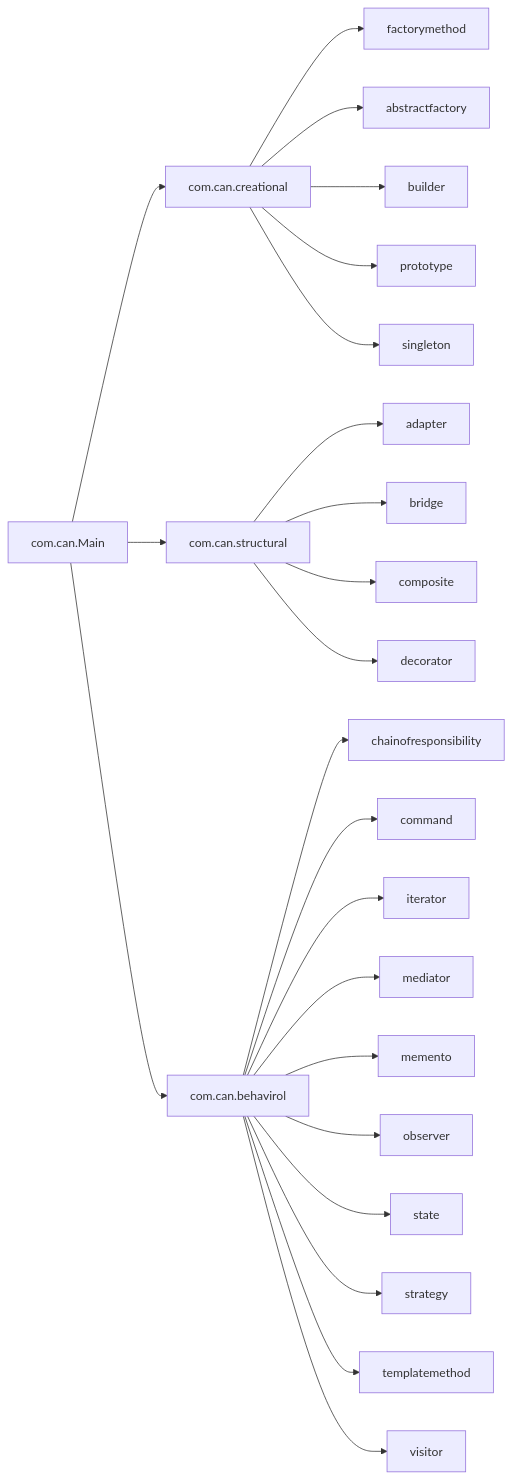
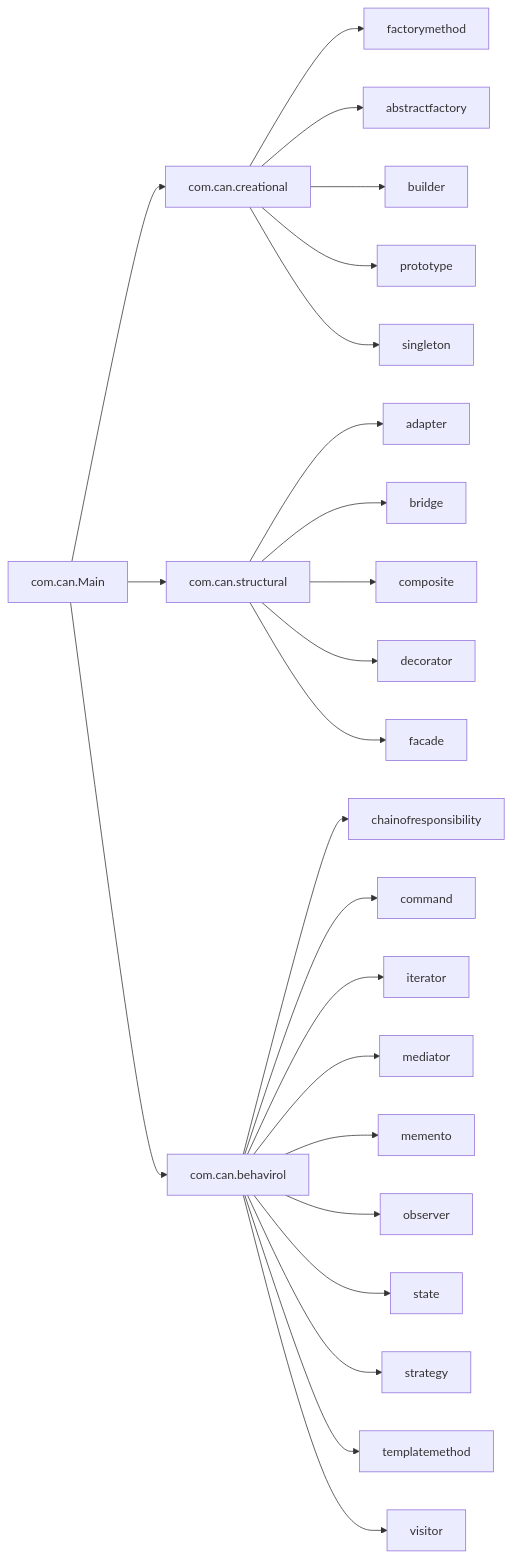
The second of 21 diagrams in BOOK.md (TunahanCan/design_pattern), drawn with Mermaid before and after one commit. The commit also changed other lines of this file and 13 other files, not shown here.

````diff
--- a/BOOK.md
+++ b/BOOK.md
@@ -100,28 +102,29 @@
 ```mermaid
 flowchart LR
     MAIN[com.can.Main] --> C[com.can.creational]
     MAIN --> S[com.can.structural]
     MAIN --> B[com.can.behavirol]
 
     C --> CFM[factorymethod]
     C --> CAF[abstractfactory]
     C --> CBU[builder]
     C --> CPR[prototype]
     C --> CSI[singleton]
 
     S --> SAD[adapter]
     S --> SBR[bridge]
     S --> SCO[composite]
     S --> SDE[decorator]
+    S --> SFA[facade]
 
     B --> BCO[chainofresponsibility]
     B --> BCM[command]
     B --> BIT[iterator]
     B --> BME[mediator]
     B --> BMM[memento]
     B --> BOB[observer]
     B --> BST[state]
     B --> BSG[strategy]
     B --> BTM[templatemethod]
     B --> BVI[visitor]
 ```
````
